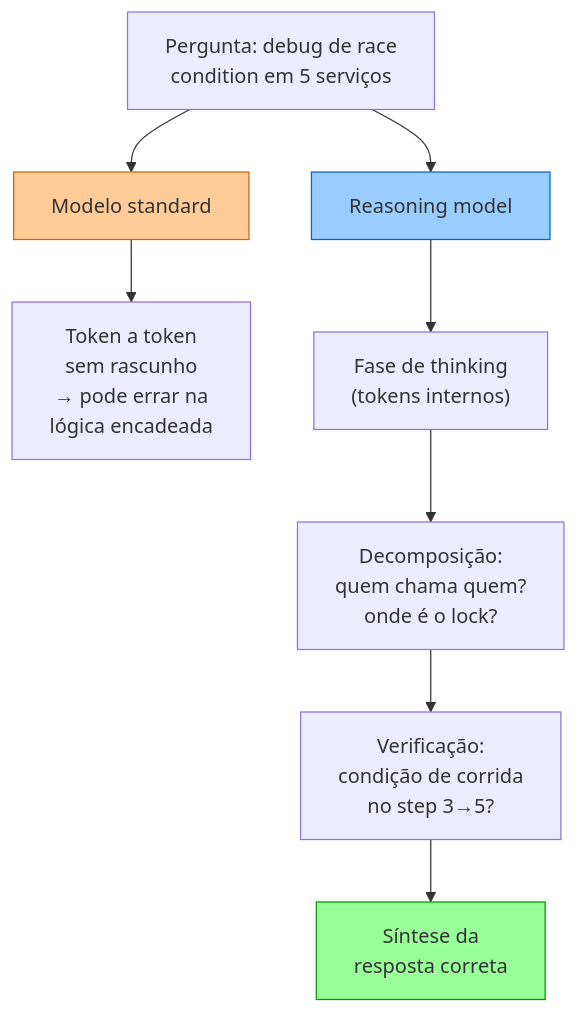
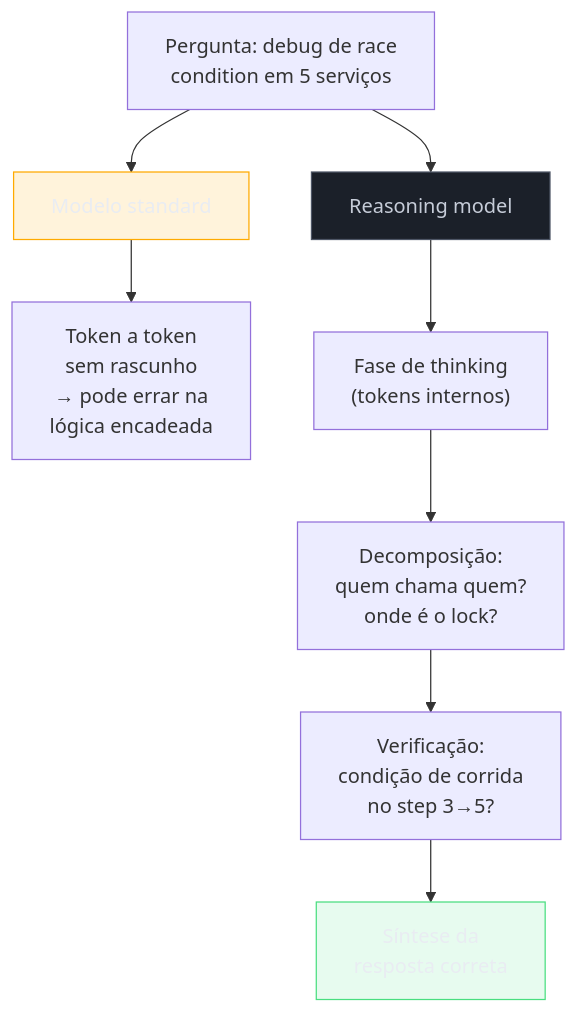
One commit to josenaldo/codex-technomanticus changed the first of 3 diagrams in 03-Dominios/Tecnologia/IA/Anatomia dos LLMs/15 - Reasoning models e chain-of-thought.md. Above: the diagram before and after it, drawn with Mermaid. The commit also changed 1181 other files, not shown here.

First line of the commit message:
fix(diagramas): paleta do sistema no lugar de cor cravada no markdown

````diff
--- a/03-Dominios/Tecnologia/IA/Anatomia dos LLMs/15 - Reasoning models e chain-of-thought.md
+++ b/03-Dominios/Tecnologia/IA/Anatomia dos LLMs/15 - Reasoning models e chain-of-thought.md
@@ -35,16 +35,19 @@
 ```mermaid
 graph TD
+    classDef destaque fill:#FFAA0024,stroke:#FFAA00,color:#E9ECF2
+    classDef neutro fill:#1B2029,stroke:#4E5666,color:#C6CCD8
+    classDef ok fill:#4ADE8021,stroke:#4ADE80,color:#E9ECF2
     P["Pergunta: debug de race\ncondition em 5 serviços"] --> STD["Modelo standard"]
     P --> RSN["Reasoning model"]
 
     STD --> A1["Token a token\nsem rascunho\n→ pode errar na\n  lógica encadeada"]
     
     RSN --> B1["Fase de thinking\n(tokens internos)"]
     B1 --> B2["Decomposição:\nquem chama quem?\nonde é o lock?"]
     B2 --> B3["Verificação:\ncondição de corrida\nno step 3→5?"]
     B3 --> B4["Síntese da\nresposta correta"]
     
-    style STD fill:#ffcc99,stroke:#cc6600
-    style RSN fill:#99ccff,stroke:#0066cc
-    style B4 fill:#99ff99,stroke:#009900
+    class STD destaque
+    class RSN neutro
+    class B4 ok
 ```
````
